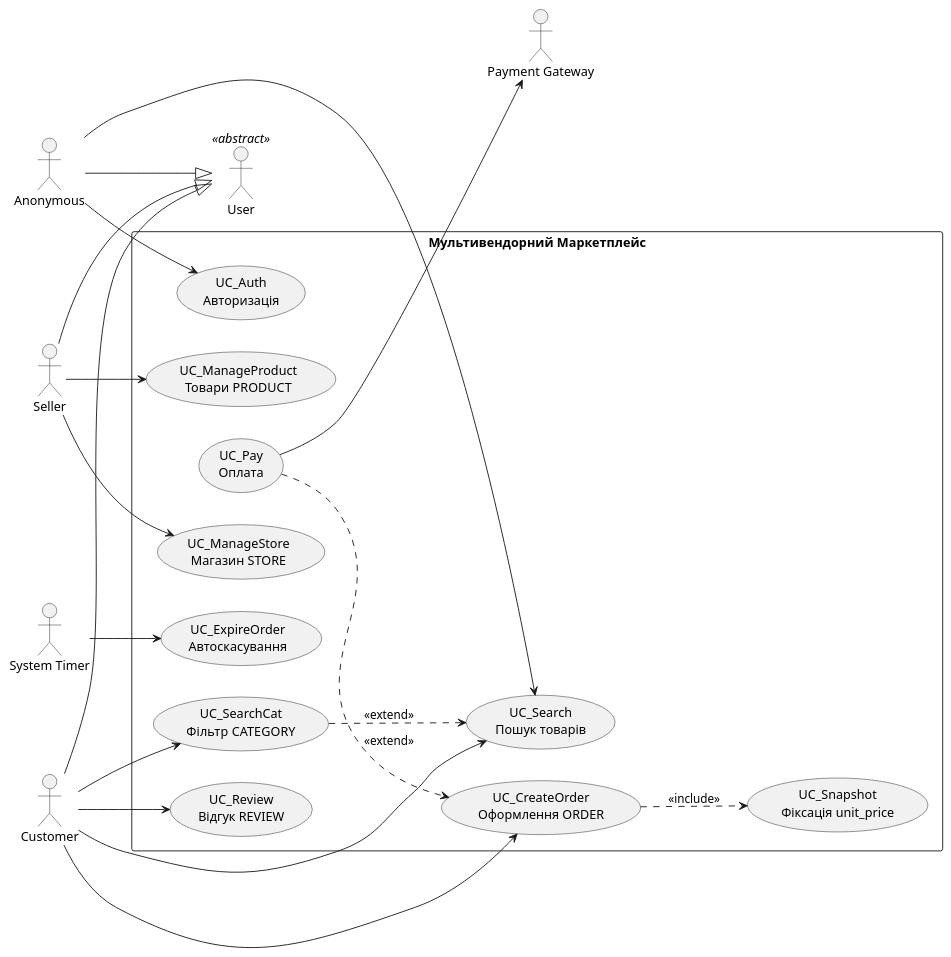
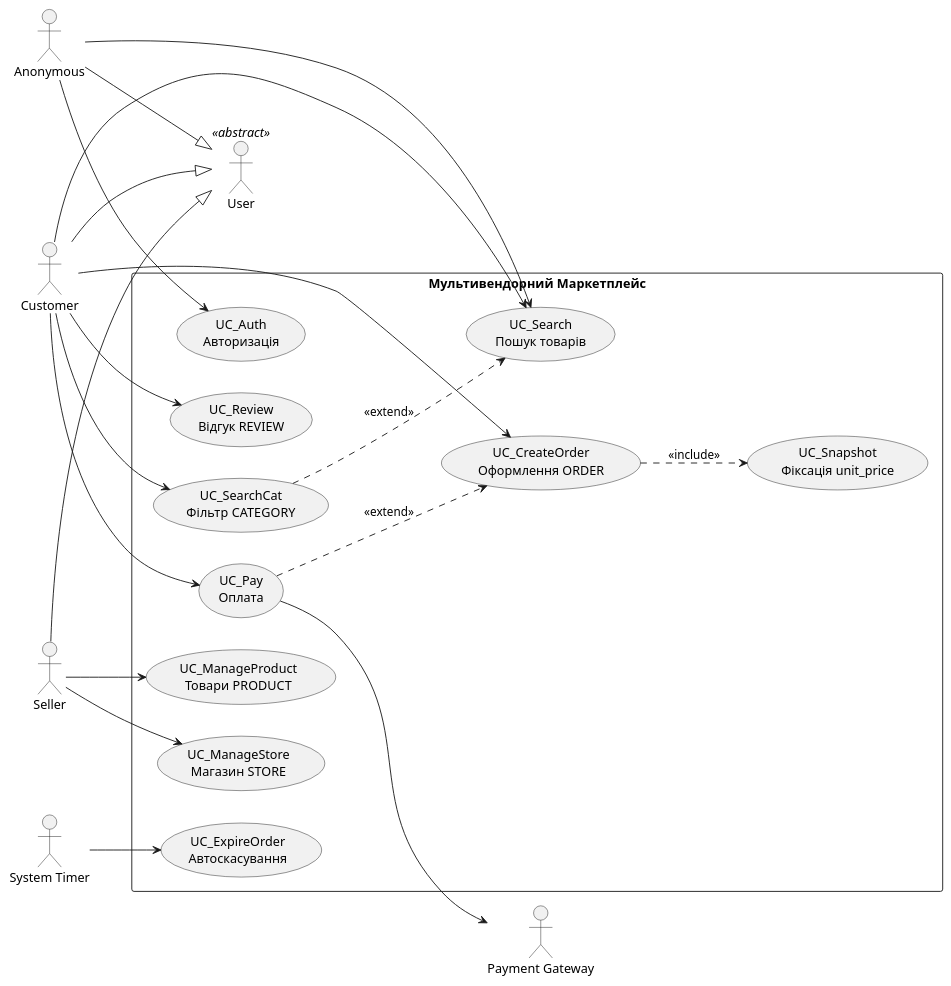
One commit to Stefect/Modeling-and-Analysis-of-Software-Requirements changed the diagram in task-2/use-case.puml. Above: the diagram before and after it, drawn with PlantUML. The commit also changed 2 other files, not shown here.

Commit message:
Оновив специфікацію Use Cases: уточнив роль актора `Customer` у процесі оплати та додано новий файл DEFENSE.md для деталізації взаємодії в sequence-діаграмі.

```diff
--- a/task-2/use-case.puml
+++ b/task-2/use-case.puml
@@ -1,43 +1,44 @@
 @startuml use-case
 left to right direction
 skinparam packageStyle rectangle
 
 actor "User" as User <<abstract>>
 actor "Anonymous" as Anon
 actor "Customer" as Cust
 actor "Seller" as Sell
 actor "Payment Gateway" as PG
 actor "System Timer" as Timer
 
 Anon --|> User
 Cust --|> User
 Sell --|> User
 
 rectangle "Мультивендорний Маркетплейс" {
   usecase "UC_Auth\nАвторизація" as Auth
   usecase "UC_Search\nПошук товарів" as Search
   usecase "UC_SearchCat\nФільтр CATEGORY" as SearchCat
   usecase "UC_CreateOrder\nОформлення ORDER" as Create
   usecase "UC_Snapshot\nФіксація unit_price" as Snap
   usecase "UC_Pay\nОплата" as Pay
   usecase "UC_ExpireOrder\nАвтоскасування" as Expire
   usecase "UC_Review\nВідгук REVIEW" as Review
   usecase "UC_ManageStore\nМагазин STORE" as MStore
   usecase "UC_ManageProduct\nТовари PRODUCT" as MProd
 }
 
 Anon --> Auth
 Anon --> Search
 Cust --> Search
 Cust --> SearchCat
 Cust --> Create
+Cust --> Pay
 Cust --> Review
 Sell --> MStore
 Sell --> MProd
 Pay --> PG
 Timer --> Expire
 
 Create ..> Snap : <<include>>
 Pay ..> Create : <<extend>>
 SearchCat ..> Search : <<extend>>
 @enduml
```
